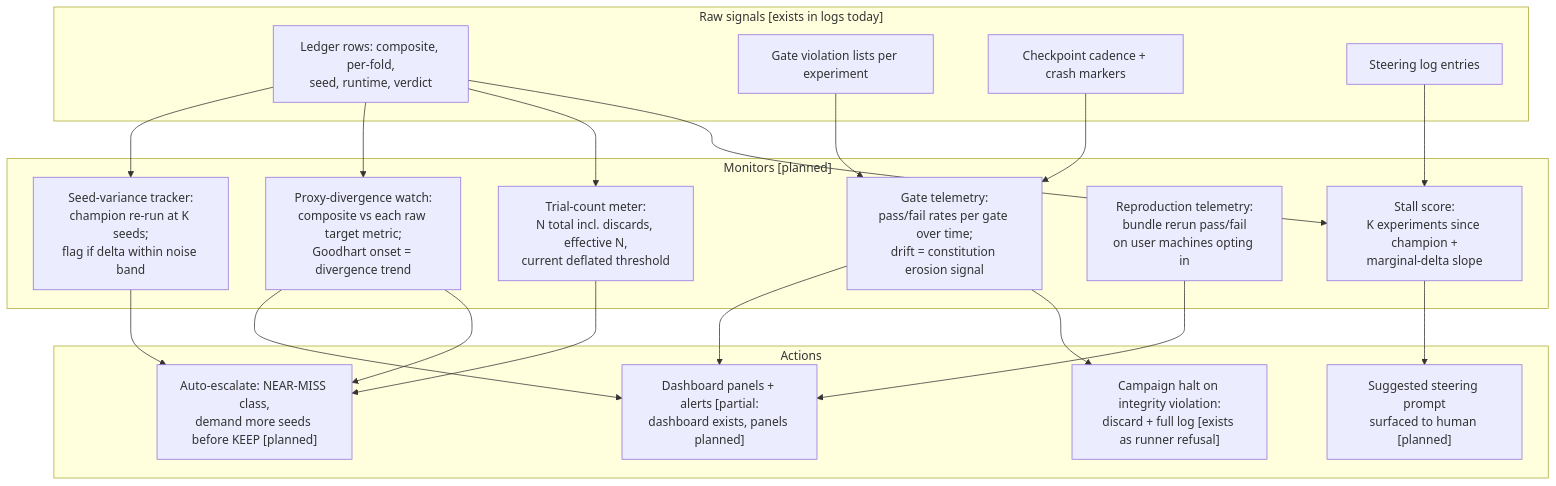
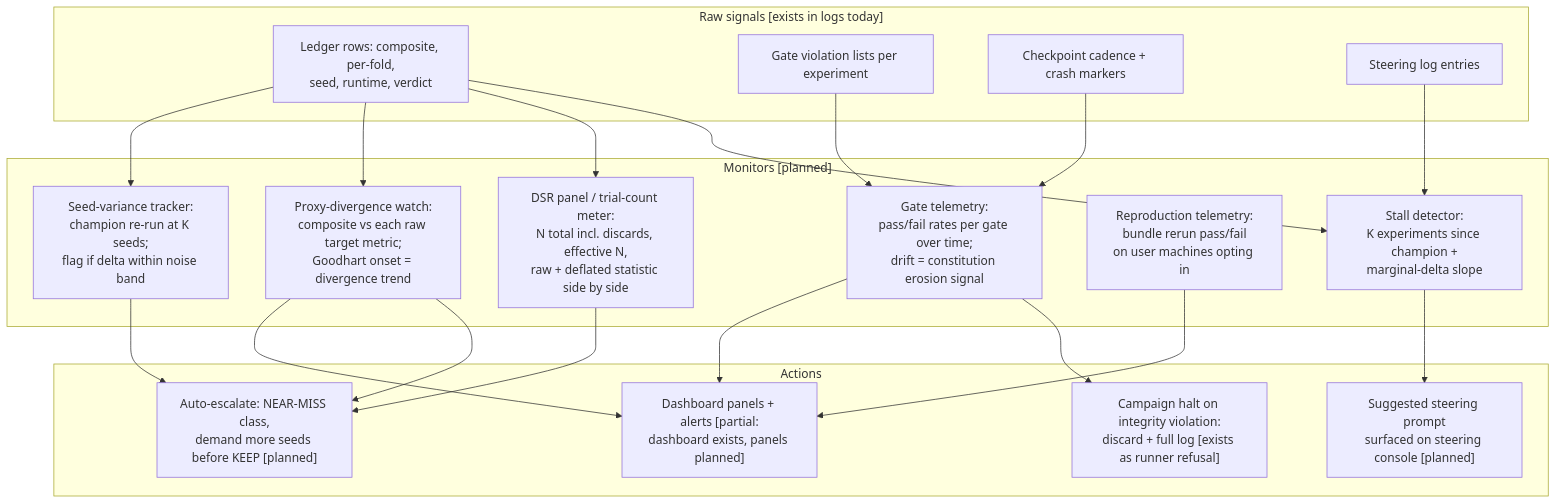
Before and after one commit to dlmastery/startup-skills: the diagram in runs/autoresearch/tech/architecture/D08.md, drawn with Mermaid. The commit also changed 10 other files, not shown here.

````diff
--- a/runs/autoresearch/tech/architecture/D08.md
+++ b/runs/autoresearch/tech/architecture/D08.md
@@ -5,41 +5,41 @@
 ```mermaid
 flowchart TD
     subgraph SIGNALS["Raw signals [exists in logs today]"]
         LG["Ledger rows: composite, per-fold,<br/>seed, runtime, verdict"]
         GV["Gate violation lists per experiment"]
         CK["Checkpoint cadence + crash markers"]
         ST["Steering log entries"]
     end
 
     subgraph MON["Monitors [planned]"]
         M1["Gate telemetry:<br/>pass/fail rates per gate over time;<br/>drift = constitution erosion signal"]
         M2["Seed-variance tracker:<br/>champion re-run at K seeds;<br/>flag if delta within noise band"]
         M3["Proxy-divergence watch:<br/>composite vs each raw target metric;<br/>Goodhart onset = divergence trend"]
-        M4["Trial-count meter:<br/>N total incl. discards, effective N,<br/>current deflated threshold"]
+        M4["DSR panel / trial-count meter:<br/>N total incl. discards, effective N,<br/>raw + deflated statistic side by side"]
         M5["Reproduction telemetry:<br/>bundle rerun pass/fail<br/>on user machines opting in"]
-        M6["Stall score:<br/>K experiments since champion +<br/>marginal-delta slope"]
+        M6["Stall detector:<br/>K experiments since champion +<br/>marginal-delta slope"]
     end
 
     subgraph ACT["Actions"]
         A1["Dashboard panels + alerts [partial:<br/>dashboard exists, panels planned]"]
         A2["Auto-escalate: NEAR-MISS class,<br/>demand more seeds before KEEP [planned]"]
         A3["Campaign halt on integrity violation:<br/>discard + full log [exists as runner refusal]"]
-        A4["Suggested steering prompt<br/>surfaced to human [planned]"]
+        A4["Suggested steering prompt<br/>surfaced on steering console [planned]"]
     end
 
     LG --> M2
     LG --> M3
     LG --> M4
     LG --> M6
     GV --> M1
     CK --> M1
     ST --> M6
     M1 --> A1
     M2 --> A2
     M3 --> A1
     M3 --> A2
     M4 --> A2
     M5 --> A1
     M6 --> A4
     M1 --> A3
 ```
````
